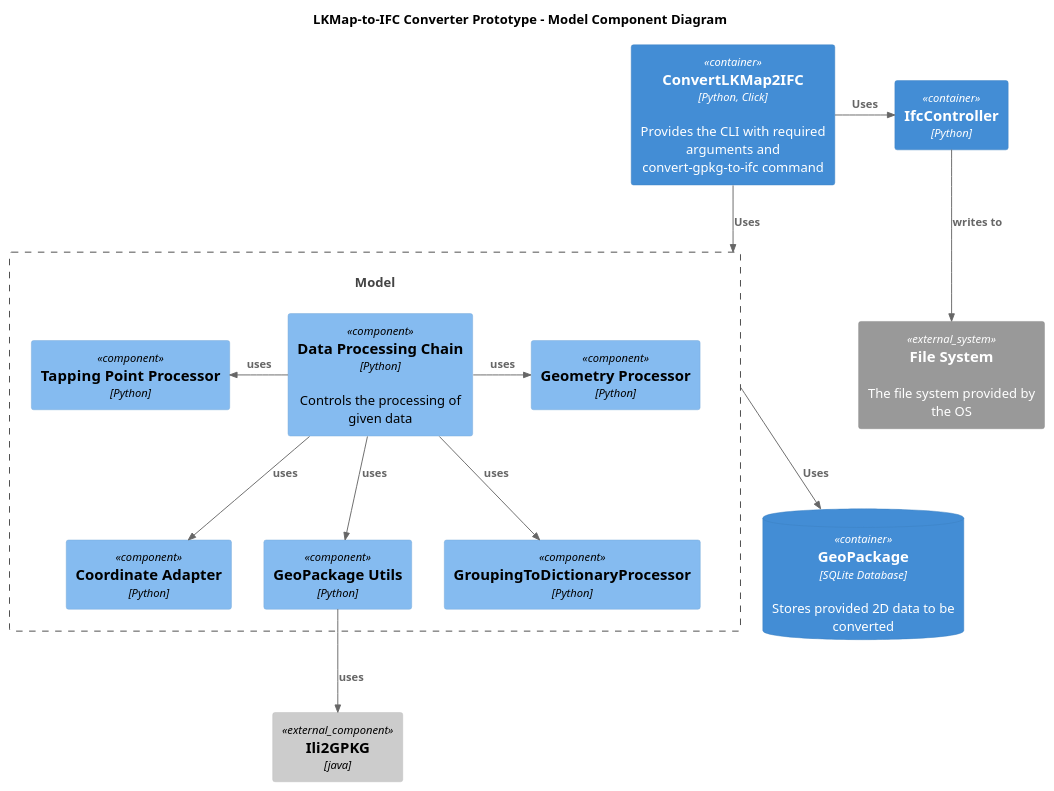
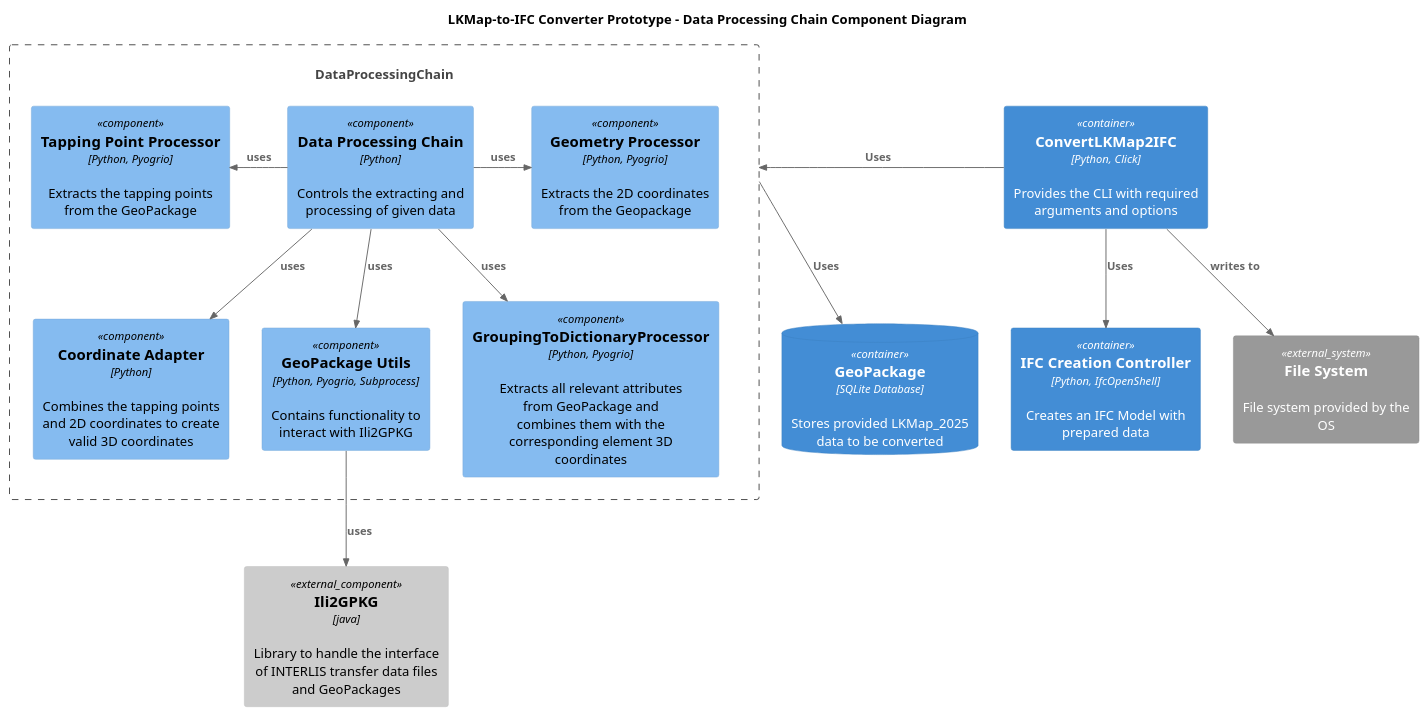
The diagram in resources/ModelComponentDiagram.puml (jmaier241117/LKMap2025_to_IFC_cli), drawn with PlantUML before and after one commit. The commit also changed 10 other files, not shown here.

```diff
--- a/resources/ModelComponentDiagram.puml
+++ b/resources/ModelComponentDiagram.puml
@@ -1,35 +1,35 @@
 @startuml
 !include C4_Component.puml
 
-title LKMap-to-IFC Converter Prototype - Model Component Diagram
+title LKMap-to-IFC Converter Prototype - Data Processing Chain Component Diagram
 
-Container(cli, "ConvertLKMap2IFC", "Python, Click", "Provides the CLI with required arguments and convert-gpkg-to-ifc command")
+Container(cli, "ConvertLKMap2IFC", "Python, Click", "Provides the CLI with required arguments and options")
 
-Container(ifcController, "IfcController", "Python", "")
-ContainerDb(geoPackage, "GeoPackage", "SQLite Database", "Stores provided 2D data to be converted")
-Component_Ext(ili2gpkg, "Ili2GPKG", "java", "")
+Container(ifcController, "IFC Creation Controller", "Python, IfcOpenShell", "Creates an IFC Model with prepared data")
+ContainerDb(geoPackage, "GeoPackage", "SQLite Database", "Stores provided LKMap_2025 data to be converted")
+Component_Ext(ili2gpkg, "Ili2GPKG", "java", "Library to handle the interface of INTERLIS transfer data files and GeoPackages")
 
-Rel(cli, Model, "Uses")
-Rel_R(cli, ifcController, "Uses")
-Container_Boundary(Model, "MODEL") {
-    Component(dataProcessingChain, "Data Processing Chain", "Python", "Controls the processing of given data")
-    Component(coordinateAdapter, "Coordinate Adapter", "Python", "")
-    Component(geometryProcessor, "Geometry Processor", "Python", "")
-    Component(geoPackageUtils, "GeoPackage Utils", "Python", "")
-    Component(tapPointProcessor, "Tapping Point Processor", "Python", "")
-    Component(toDictionaryProcessor, "GroupingToDictionaryProcessor", "Python", "")
+Rel_L(cli, DataProcessingChain, "Uses")
+Rel(cli, ifcController, "Uses")
+Container_Boundary(DataProcessingChain, "Data Processing Chain") {
+    Component(dataProcessingChain, "Data Processing Chain", "Python", "Controls the extracting and processing of given data")
+    Component(coordinateAdapter, "Coordinate Adapter", "Python", "Combines the tapping points and 2D coordinates to create valid 3D coordinates")
+    Component(geometryProcessor, "Geometry Processor", "Python, Pyogrio", "Extracts the 2D coordinates from the Geopackage")
+    Component(geoPackageUtils, "GeoPackage Utils", "Python, Pyogrio, Subprocess", "Contains functionality to interact with Ili2GPKG")
+    Component(tapPointProcessor, "Tapping Point Processor", "Python, Pyogrio", "Extracts the tapping points from the GeoPackage")
+    Component(toDictionaryProcessor, "GroupingToDictionaryProcessor", "Python, Pyogrio", "Extracts all relevant attributes from GeoPackage and combines them with the corresponding element 3D coordinates")
     Rel_R(dataProcessingChain, geometryProcessor, "uses")
     Rel_L(dataProcessingChain, tapPointProcessor, "uses")
     Rel(dataProcessingChain, geoPackageUtils, "uses")
     Rel(dataProcessingChain, coordinateAdapter, "uses")
     Rel(dataProcessingChain, toDictionaryProcessor, "uses")
 }
 Rel(geoPackageUtils, ili2gpkg, "uses")
-System_Ext(filesystem, "File System", "The file system provided by the OS")
-ContainerDb(geoPackage, "GeoPackage", "SQLite Database", "Stores provided 2D data to be converted")
+System_Ext(filesystem, "File System", "File system provided by the OS")
+ContainerDb(geoPackage, "GeoPackage", "SQLite Database", "Stores provided LKMap_2025 data to be converted")
 
-Rel_D(Model, geoPackage, "Uses")
-Rel(ifcController, filesystem, "writes to")
+Rel(DataProcessingChain, geoPackage, "Uses")
+Rel(cli, filesystem, "writes to")
 
 
 @enduml
```
